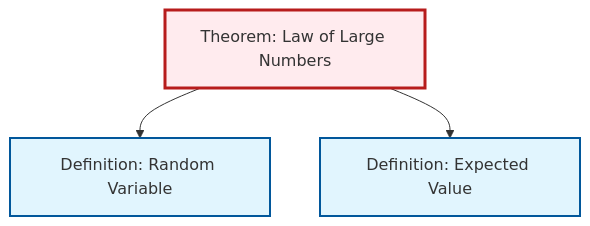
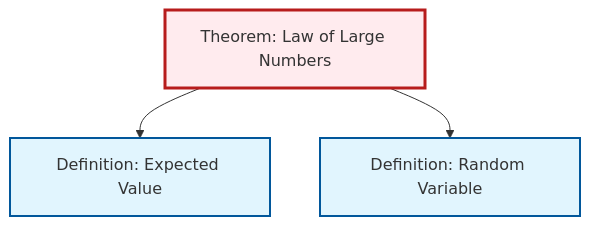
Before and after one commit to RK0429/ModernMath: the second of 2 diagrams in content/en/probability-statistics/thm-law-of-large-numbers.qmd, drawn with Mermaid. The commit also changed other lines of this file and 203 other files, not shown here.

````diff
--- a/content/en/probability-statistics/thm-law-of-large-numbers.qmd
+++ b/content/en/probability-statistics/thm-law-of-large-numbers.qmd
@@ -81,18 +81,15 @@
 ```{mermaid}
 %%| fig-cap: "Local dependency graph"
 graph TD
     classDef definition fill:#e1f5fe,stroke:#01579b,stroke-width:2px
     classDef theorem fill:#f3e5f5,stroke:#4a148c,stroke-width:2px
     classDef axiom fill:#fff3e0,stroke:#e65100,stroke-width:2px
     classDef example fill:#e8f5e9,stroke:#1b5e20,stroke-width:2px
     classDef current fill:#ffebee,stroke:#b71c1c,stroke-width:3px
+    def-expectation["Definition: Expected Value"]:::definition
     def-random-variable["Definition: Random Variable"]:::definition
     thm-law-of-large-numbers["Theorem: Law of Large Numbers"]:::theorem
-    def-expectation["Definition: Expected Value"]:::definition
+    thm-law-of-large-numbers --> def-expectation
     thm-law-of-large-numbers --> def-random-variable
-    thm-law-of-large-numbers --> def-expectation
     class thm-law-of-large-numbers current
-
-    click def-random-variable "def-random-variable.html" "Go to Random Variable definition"
-    click def-expectation "def-expectation.html" "Go to Expected Value definition"
 ```
````
